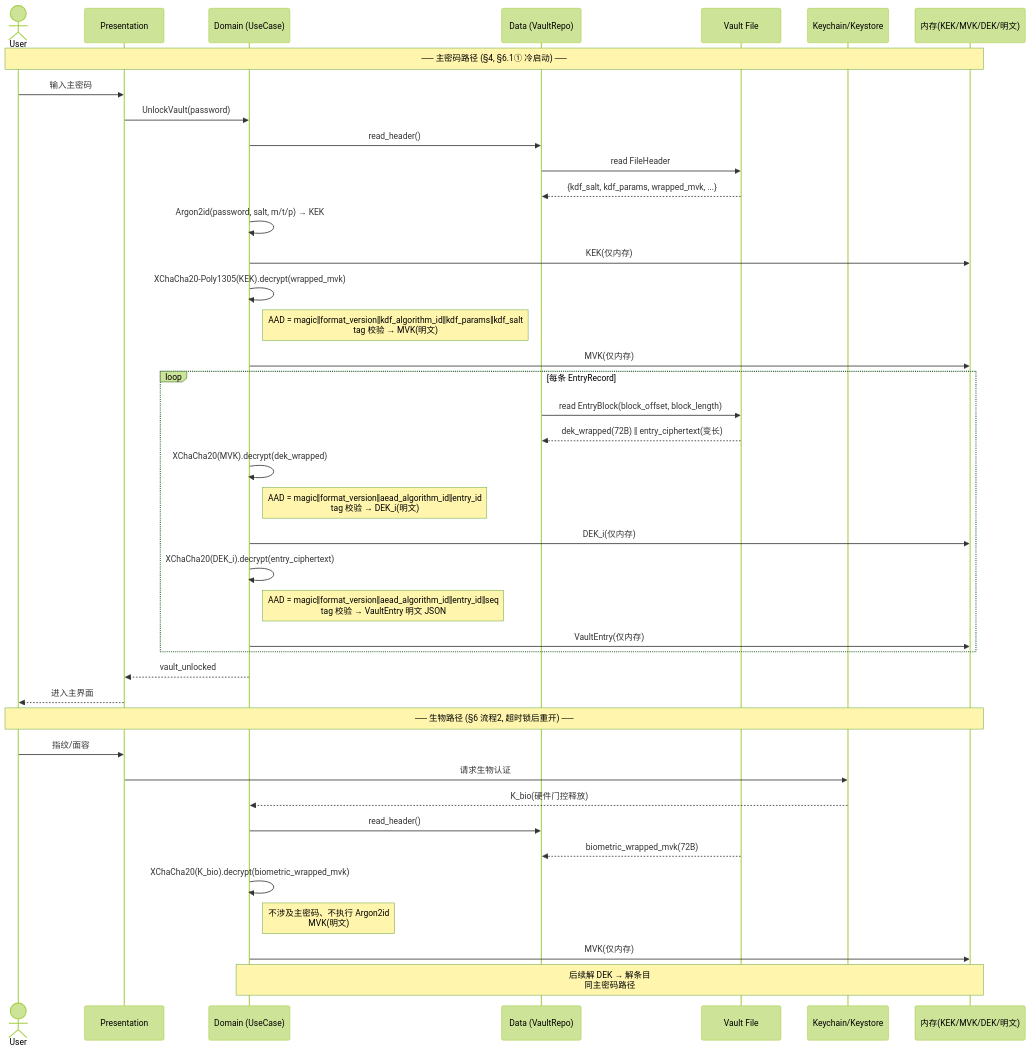
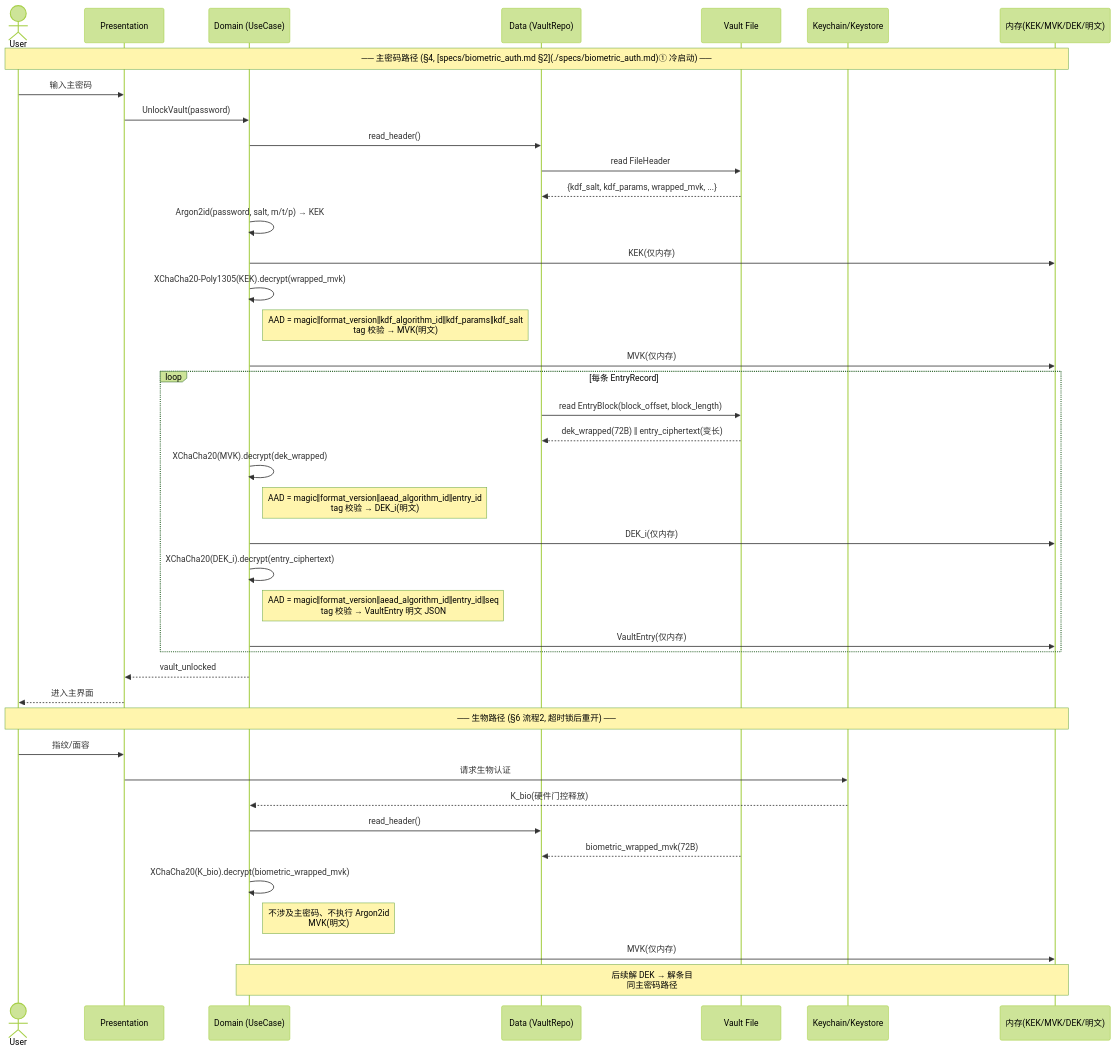
The third of 3 diagrams in docs/SECURITY.md (CCreative-Od1L/project_sw), drawn with Mermaid (forest theme) before and after one commit. The commit also changed other lines of this file and 5 other files, not shown here.

````diff
--- a/docs/SECURITY.md
+++ b/docs/SECURITY.md
@@ -178,52 +178,52 @@
 ```mermaid
 sequenceDiagram
     actor User
     participant UI as Presentation
     participant Domain as Domain (UseCase)
     participant Data as Data (VaultRepo)
     participant Vault as Vault File
     participant KC as Keychain/Keystore
     participant Mem as 内存(KEK/MVK/DEK/明文)
 
-    Note over User,Mem: ── 主密码路径 (§4, §6.1① 冷启动) ──
+    Note over User,Mem: ── 主密码路径 (§4, [specs/biometric_auth.md §2](./specs/biometric_auth.md)① 冷启动) ──
 
     User->>UI: 输入主密码
     UI->>Domain: UnlockVault(password)
     Domain->>Data: read_header()
     Data->>Vault: read FileHeader
     Vault-->>Data: {kdf_salt, kdf_params, wrapped_mvk, ...}
 
     Domain->>Domain: Argon2id(password, salt, m/t/p) → KEK
     Domain->>Mem: KEK(仅内存)
 
     Domain->>Domain: XChaCha20-Poly1305(KEK).decrypt(wrapped_mvk)
     Note right of Domain: AAD = magic‖format_version‖kdf_algorithm_id‖kdf_params‖kdf_salt<br/>tag 校验 → MVK(明文)
 
     Domain->>Mem: MVK(仅内存)
 
     loop 每条 EntryRecord
         Data->>Vault: read EntryBlock(block_offset, block_length)
         Vault-->>Data: dek_wrapped(72B) ‖ entry_ciphertext(变长)
         Domain->>Domain: XChaCha20(MVK).decrypt(dek_wrapped)
         Note right of Domain: AAD = magic‖format_version‖aead_algorithm_id‖entry_id<br/>tag 校验 → DEK_i(明文)
         Domain->>Mem: DEK_i(仅内存)
         Domain->>Domain: XChaCha20(DEK_i).decrypt(entry_ciphertext)
         Note right of Domain: AAD = magic‖format_version‖aead_algorithm_id‖entry_id‖seq<br/>tag 校验 → VaultEntry 明文 JSON
         Domain->>Mem: VaultEntry(仅内存)
     end
 
     Domain-->>UI: vault_unlocked
     UI-->>User: 进入主界面
 
     Note over User,Mem: ── 生物路径 (§6 流程2, 超时锁后重开) ──
 
     User->>UI: 指纹/面容
     UI->>KC: 请求生物认证
     KC-->>Domain: K_bio(硬件门控释放)
     Domain->>Data: read_header()
     Vault-->>Data: biometric_wrapped_mvk(72B)
     Domain->>Domain: XChaCha20(K_bio).decrypt(biometric_wrapped_mvk)
     Note right of Domain: 不涉及主密码、不执行 Argon2id<br/>MVK(明文)
     Domain->>Mem: MVK(仅内存)
     Note over Domain,Mem: 后续解 DEK → 解条目<br/>同主密码路径
 ```
````
